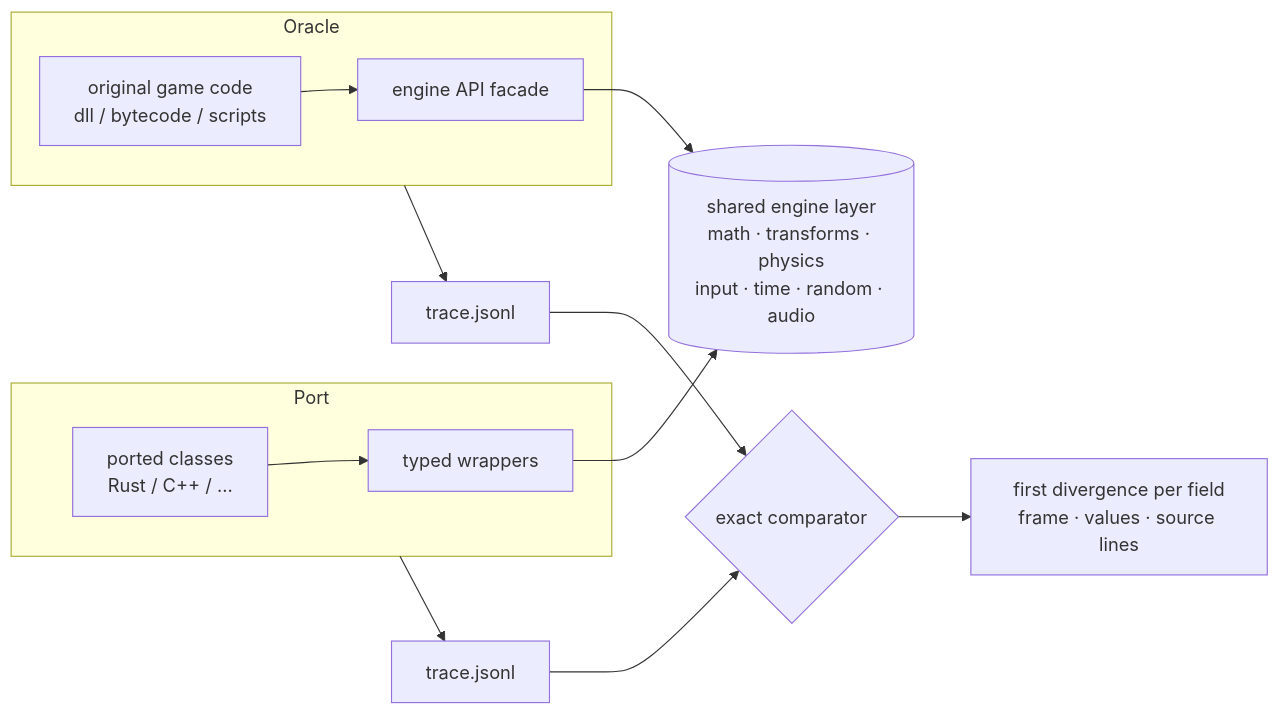
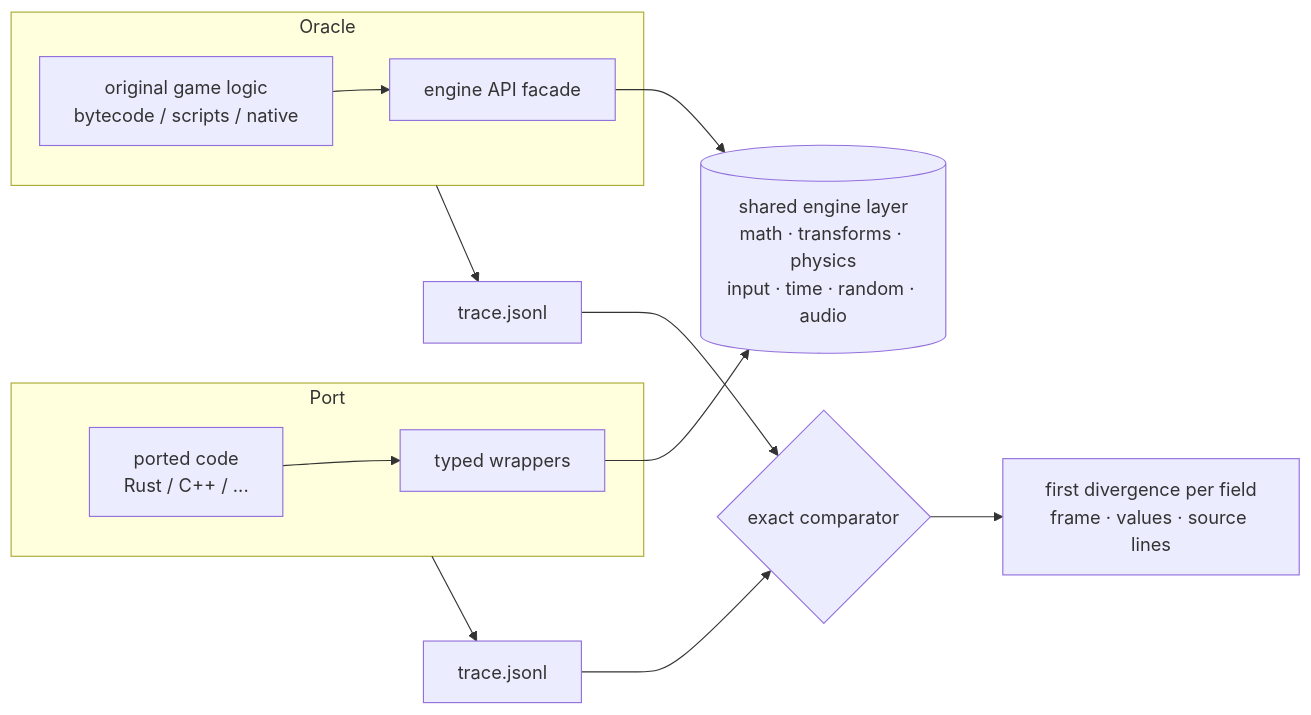
Before and after one commit to nanomolydev/game-parity-port: the diagram in README.md, drawn with Mermaid. The commit also changed other lines of this file and 19 other files, not shown here.

````diff
--- a/README.md
+++ b/README.md
@@ -40,16 +60,16 @@
 ```mermaid
 flowchart LR
     subgraph O[Oracle]
-      A[original game code<br/>dll / bytecode / scripts] --> F[engine API facade]
+      A[original game logic<br/>bytecode / scripts / native] --> F[engine API facade]
     end
     subgraph P[Port]
-      R[ported classes<br/>Rust / C++ / ...] --> W[typed wrappers]
+      R[ported code<br/>Rust / C++ / ...] --> W[typed wrappers]
     end
     F --> E[(shared engine layer<br/>math · transforms · physics<br/>input · time · random · audio)]
     W --> E
     O --> T1[trace.jsonl]
     P --> T2[trace.jsonl]
     T1 --> C{exact comparator}
     T2 --> C
     C --> REP[first divergence per field<br/>frame · values · source lines]
 ```
````
